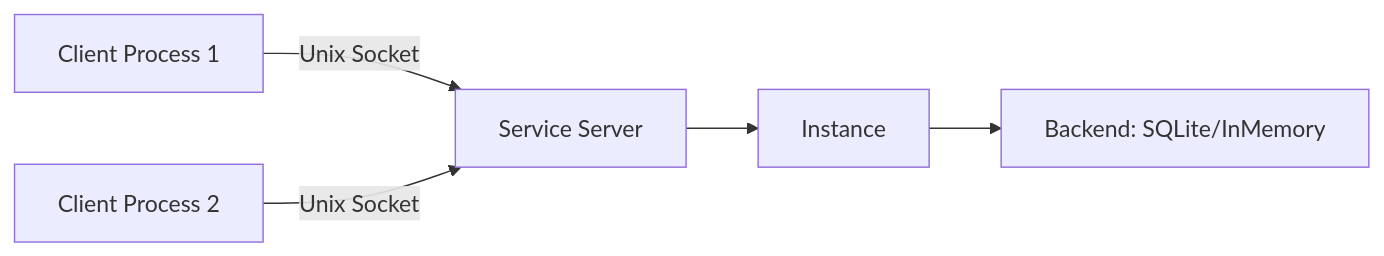
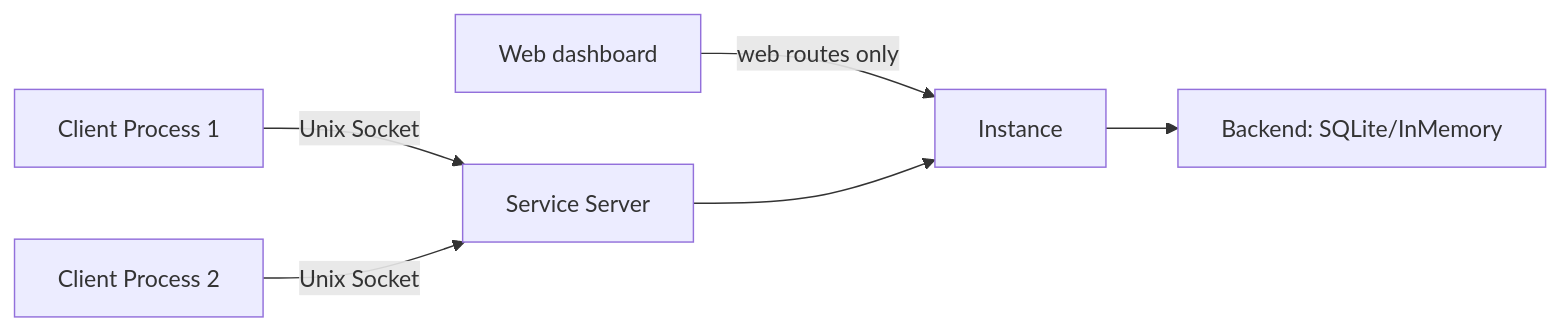
One commit to arcuru/eidetica changed the first of 2 diagrams in docs/src/internal/service.md. Above: the diagram before and after it, drawn with Mermaid. The commit also changed other lines of this file and 9 other files, not shown here.

````diff
--- a/docs/src/internal/service.md
+++ b/docs/src/internal/service.md
@@ -7,7 +7,8 @@
 ```mermaid
 graph LR
     C1[Client Process 1] -->|Unix Socket| S[Service Server]
     C2[Client Process 2] -->|Unix Socket| S
+    D[Web dashboard] -->|web routes only| I[Instance]
     S --> I[Instance]
     I --> B[Backend: SQLite/InMemory]
 ```
````
